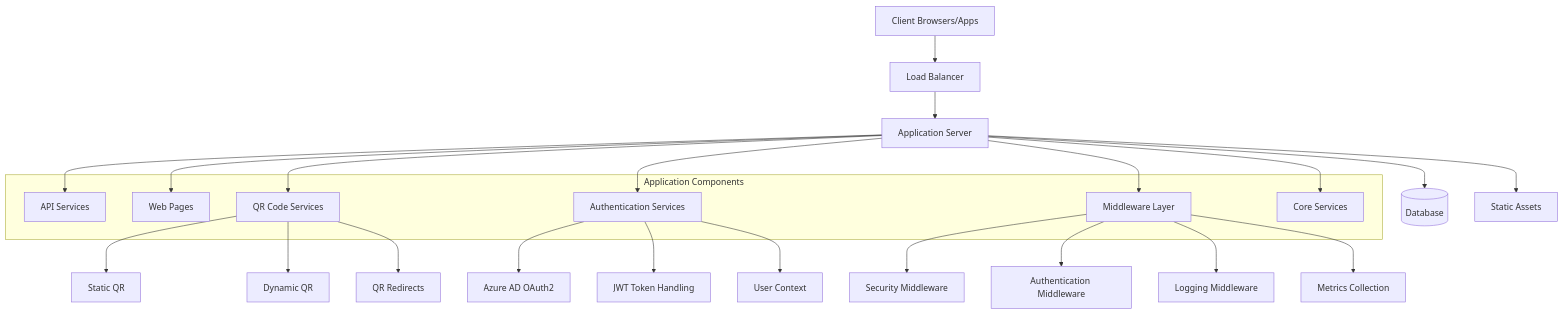
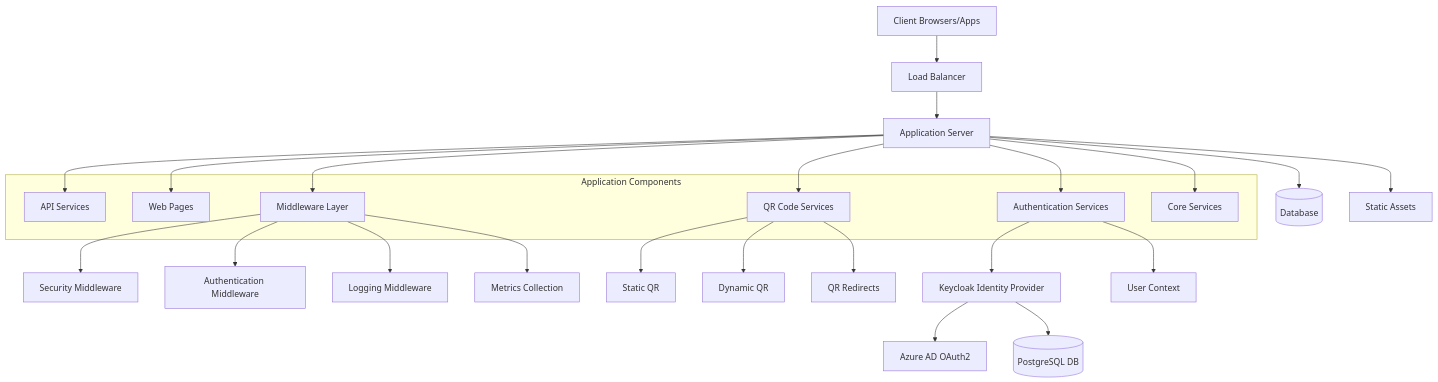
Before and after one commit to gsinghjay/mvp_qr_gen: the first of 10 diagrams in STORY.md, drawn with Mermaid. The commit also changed other lines of this file, not shown here.

Commit message:
docs: update system documentation to include Keycloak migration

````diff
--- a/STORY.md
+++ b/STORY.md
@@ -9,37 +9,39 @@
 ```mermaid
 graph TD
     Client[Client Browsers/Apps] --> Load[Load Balancer]
     Load --> App[Application Server]
     App --> DB[(Database)]
     
     App --> Static[Static Assets]
     
     subgraph "Application Components"
         API[API Services]
         Web[Web Pages]
         QR[QR Code Services]
         Auth[Authentication Services]
         Middleware[Middleware Layer]
         Core[Core Services]
     end
     
     App --> API
     App --> Web
     App --> QR
     App --> Auth
     App --> Middleware
     App --> Core
     
     Middleware --> Security[Security Middleware]
     Middleware --> AuthMiddleware[Authentication Middleware]
     Middleware --> Logging[Logging Middleware]
     Middleware --> Metrics[Metrics Collection]
     
     QR --> StaticQR[Static QR]
     QR --> DynamicQR[Dynamic QR]
     QR --> RedirectQR[QR Redirects]
     
-    Auth --> OAuth2[Azure AD OAuth2]
-    Auth --> JWTHandling[JWT Token Handling]
+    Auth --> Keycloak[Keycloak Identity Provider]
+    Keycloak --> OAuth2[Azure AD OAuth2]
     Auth --> UserContext[User Context]
+    
+    Keycloak --> KC_DB[(PostgreSQL DB)]
 ```
````
